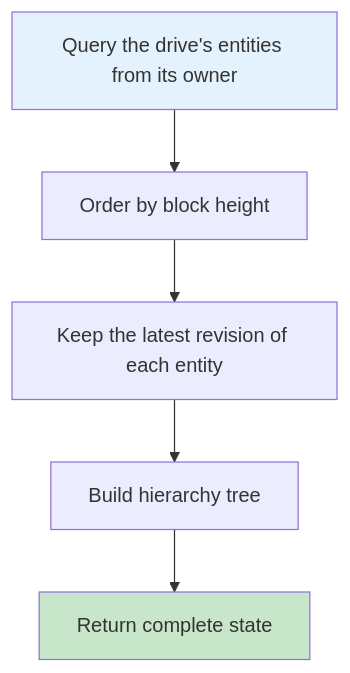
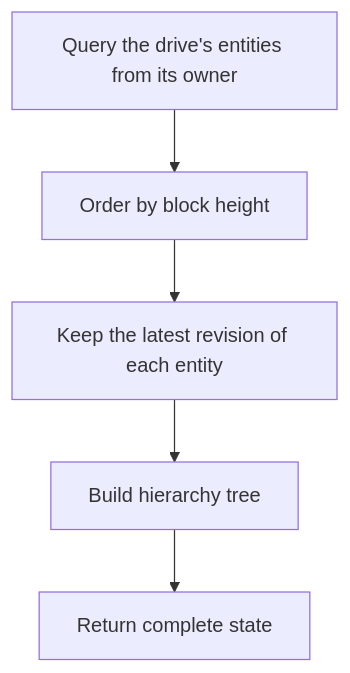
Before and after one commit to ar-io/docs: the first of 2 diagrams in content/build/advanced/arfs/reading-data.mdx, drawn with Mermaid. The commit also changed 9 other files, not shown here.

First line of the commit message:
feat(docs): legible, on-brand diagrams

````diff
--- a/content/build/advanced/arfs/reading-data.mdx
+++ b/content/build/advanced/arfs/reading-data.mdx
@@ -149,10 +149,10 @@
 ```mermaid
 graph TD
     A[Query the drive's entities from its owner] --> B[Order by block height]
     B --> C[Keep the latest revision of each entity]
     C --> D[Build hierarchy tree]
     D --> E[Return complete state]
 
-    style A fill:#e3f2fd
-    style E fill:#c8e6c9
+    class A dg-soft
+    class E dg-strong
 ```
````
